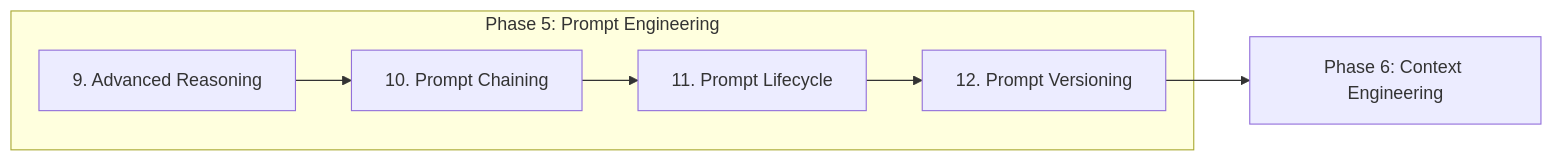
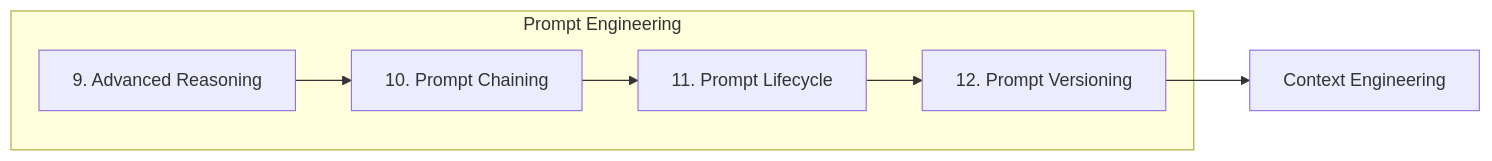
Before and after one commit to abdulsamad183/ai-engineering-playbook: the first of 8 diagrams in domains/prompt-engineering/prompt-versioning.md, drawn with Mermaid. The commit also changed other lines of this file and 301 other files, not shown here.

````diff
--- a/domains/prompt-engineering/prompt-versioning.md
+++ b/domains/prompt-engineering/prompt-versioning.md
@@ -53,12 +53,12 @@
 ```mermaid
 flowchart LR
-    subgraph "Phase 5: Prompt Engineering"
+    subgraph "Prompt Engineering"
         S9[9. Advanced Reasoning]
         S10[10. Prompt Chaining]
         S11[11. Prompt Lifecycle]
         S12[12. Prompt Versioning]
     end
 
     S9 --> S10 --> S11 --> S12
-    S12 --> CE[Phase 6: Context Engineering]
+    S12 --> CE[Context Engineering]
 ```
````
